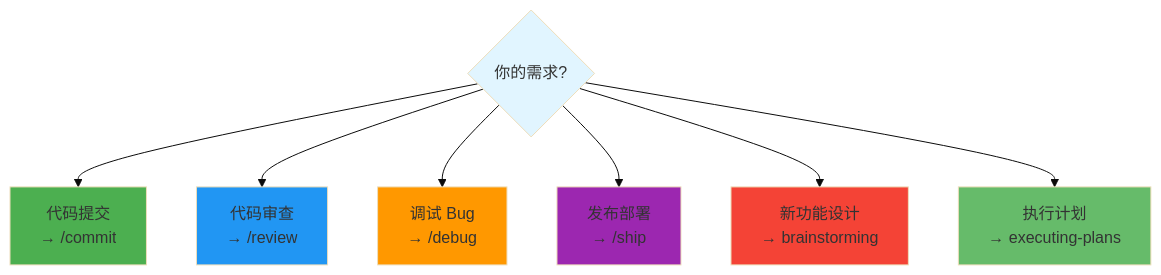
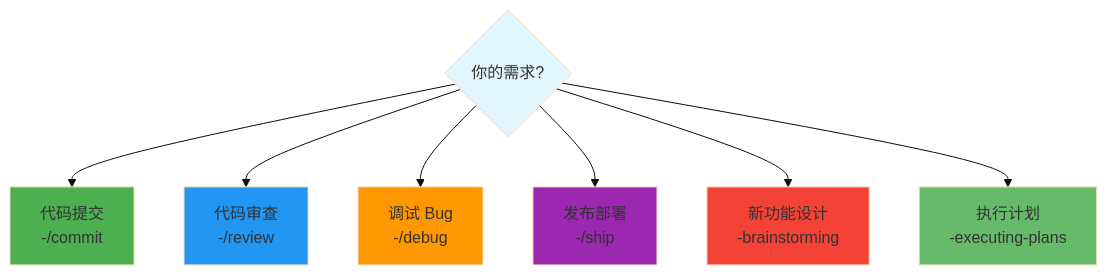
Before and after one commit to Jasper-Wynn/agent-doc: the diagram in skills/recommended.md, drawn with Mermaid (base theme). The commit also changed 16 other files, not shown here.

First line of the commit message:
fix: repair mermaid diagram rendering issues

````diff
--- a/skills/recommended.md
+++ b/skills/recommended.md
@@ -103,17 +103,17 @@
 ```mermaid
 flowchart TD
-    A{你的需求?} --> B[代码提交<br/>→ /commit]
-    A --> C[代码审查<br/>→ /review]
-    A --> D[调试 Bug<br/>→ /debug]
-    A --> E[发布部署<br/>→ /ship]
-    A --> F[新功能设计<br/>→ brainstorming]
-    A --> G[执行计划<br/>→ executing-plans]
+    A{你的需求?} --> B["代码提交<br/>-/commit"]
+    A --> C["代码审查<br/>-/review"]
+    A --> D["调试 Bug<br/>-/debug"]
+    A --> E["发布部署<br/>-/ship"]
+    A --> F["新功能设计<br/>-brainstorming"]
+    A --> G["执行计划<br/>-executing-plans"]
 
     style A fill:#e1f5ff
     style B fill:#4caf50
     style C fill:#2196f3
     style D fill:#ff9800
     style E fill:#9c27b0
     style F fill:#f44336
     style G fill:#66bb6a
 ```
````
